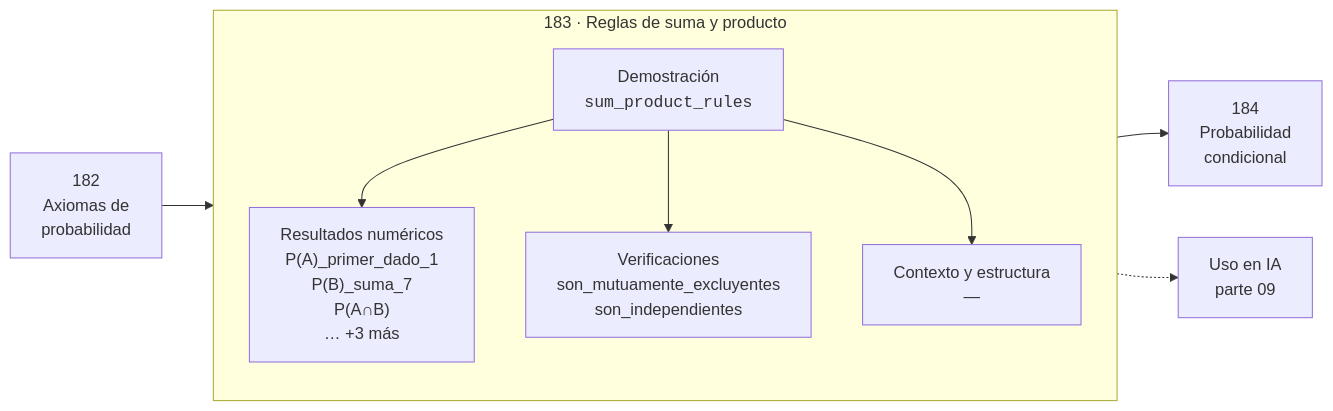
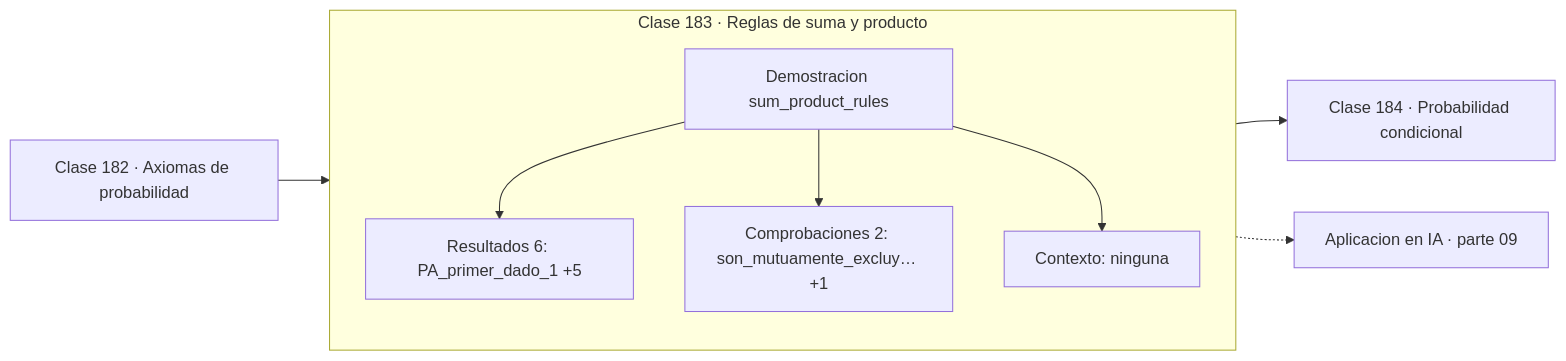
One commit to vladimiracunadev-create/computational-mathematics-program changed the diagram in classes/part-09-probabilidad-y-procesos-aleatorios/183-reglas-de-suma-y-producto/README.md. Above: the diagram before and after it, drawn with Mermaid. The commit also changed 389 other files, not shown here.

First line of the commit message:
fix(diagramas): elimina el HTML de las etiquetas Mermaid

````diff
--- a/classes/part-09-probabilidad-y-procesos-aleatorios/183-reglas-de-suma-y-producto/README.md
+++ b/classes/part-09-probabilidad-y-procesos-aleatorios/183-reglas-de-suma-y-producto/README.md
@@ -30,12 +30,13 @@
 ```mermaid
 flowchart LR
-    P["182<br/>Axiomas de<br/>probabilidad"] --> C
-    subgraph C["183 · Reglas de suma y producto"]
+    P["Clase 182 · Axiomas de probabilidad"] --> D
+    subgraph CLASE["Clase 183 · Reglas de suma y producto"]
         direction TB
-        D["Demostración<br/><code>sum_product_rules</code>"] --> R["Resultados numéricos<br/>P(A)_primer_dado_1<br/>P(B)_suma_7<br/>P(A∩B)<br/>… +3 más"]
-        D --> V["Verificaciones<br/>son_mutuamente_excluyentes<br/>son_independientes"]
-        D --> O["Contexto y estructura<br/>—"]
+        D["Demostracion sum_product_rules"]
+        D --> R["Resultados 6: PA_primer_dado_1 +5"]
+        D --> V["Comprobaciones 2: son_mutuamente_excluy… +1"]
+        D --> O["Contexto: ninguna"]
     end
-    C --> N["184<br/>Probabilidad<br/>condicional"]
-    C -.-> IA["Uso en IA<br/>parte 09"]
+    R --> N["Clase 184 · Probabilidad condicional"]
+    V -.-> IA["Aplicacion en IA · parte 09"]
 ```
````
